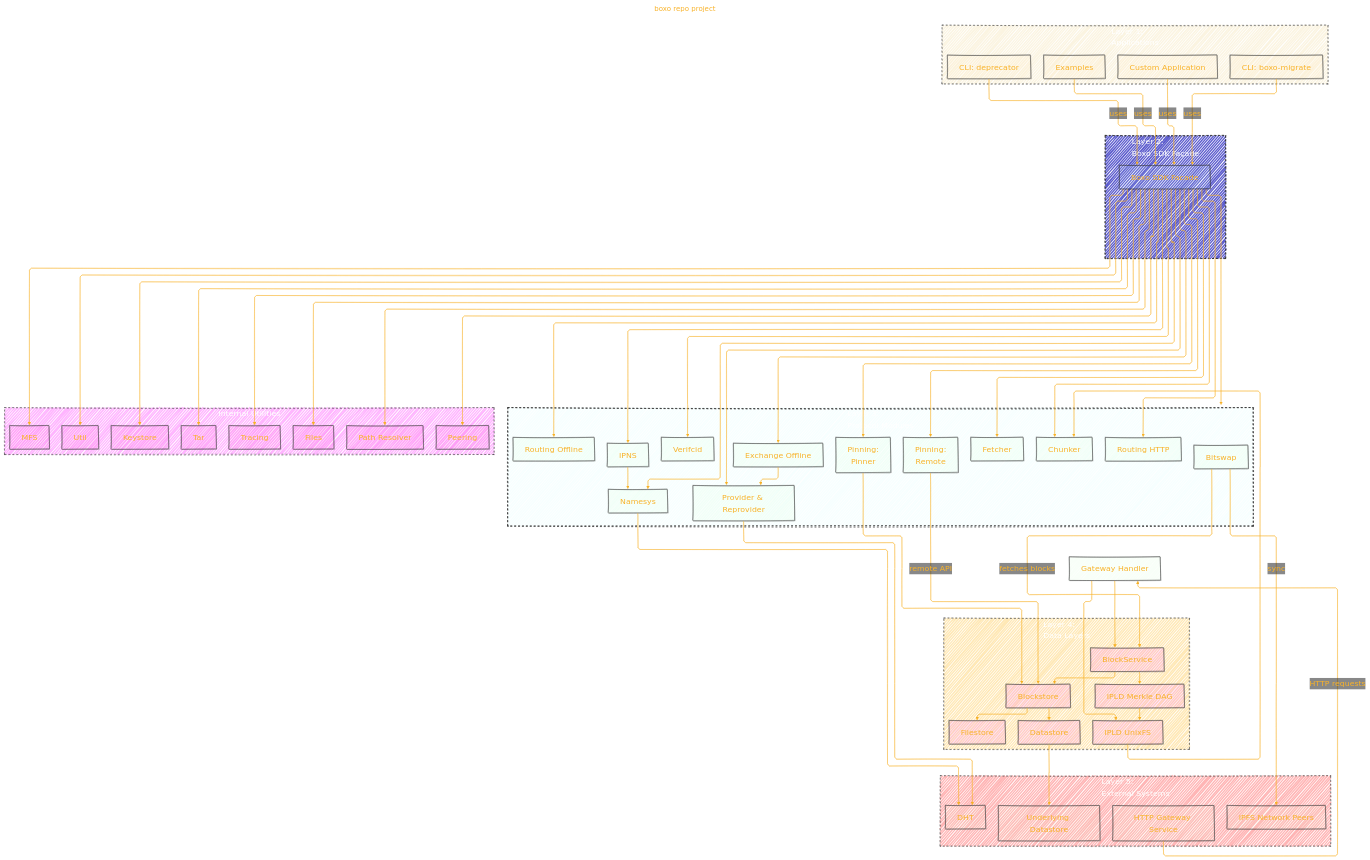
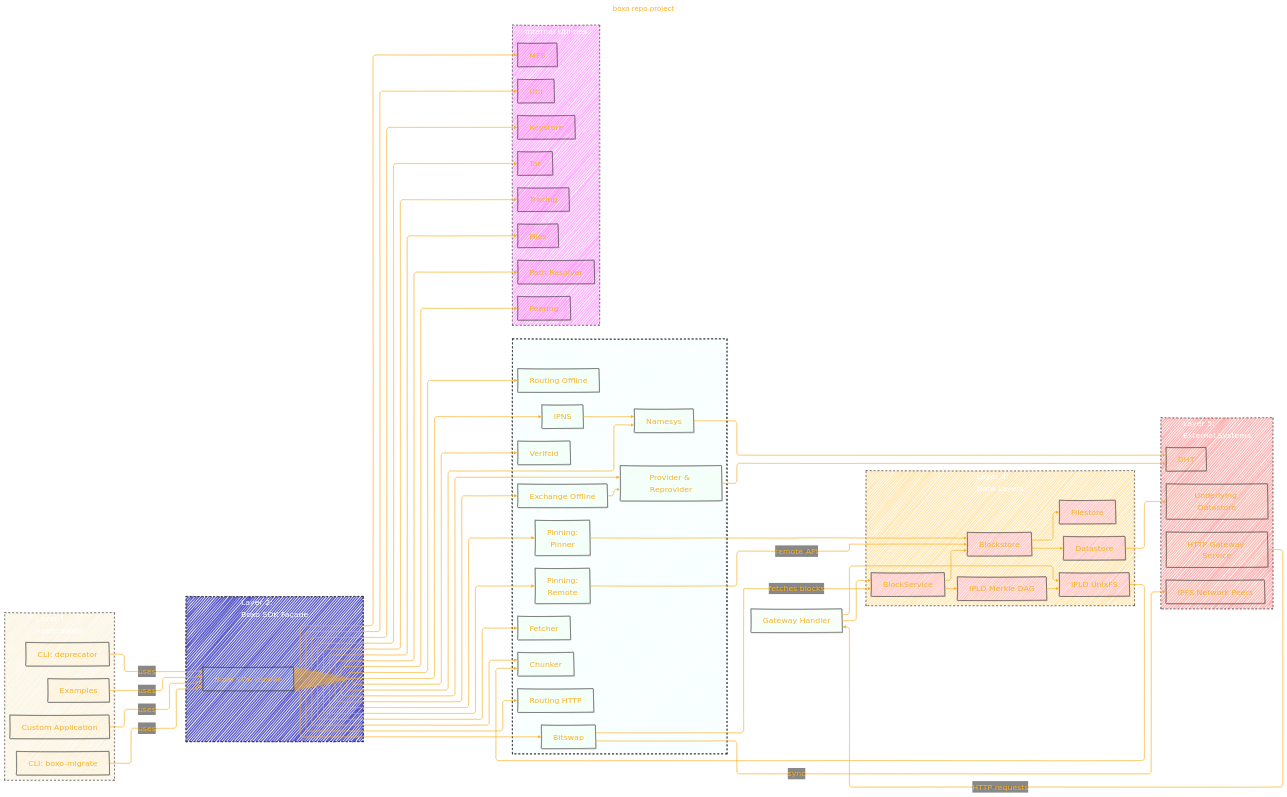
The first of 2 diagrams in IPFS/boxo_repo_project.md (CongLeSolutionX/ArchExplorer), drawn with Mermaid before and after one commit.

Commit message:
update notes

```diff
--- a/IPFS/boxo_repo_project.md
+++ b/IPFS/boxo_repo_project.md
@@ -66,7 +66,7 @@
     }
   }
 }%%
-flowchart TD
+flowchart LR
   subgraph Layer_1["Layer 1:<br/>Applications"]
   style Layer_1 fill:#DA22,stroke:#333,stroke-width:1px,stroke-dasharray: 5 5, color:#FFFF
   direction TB
```
